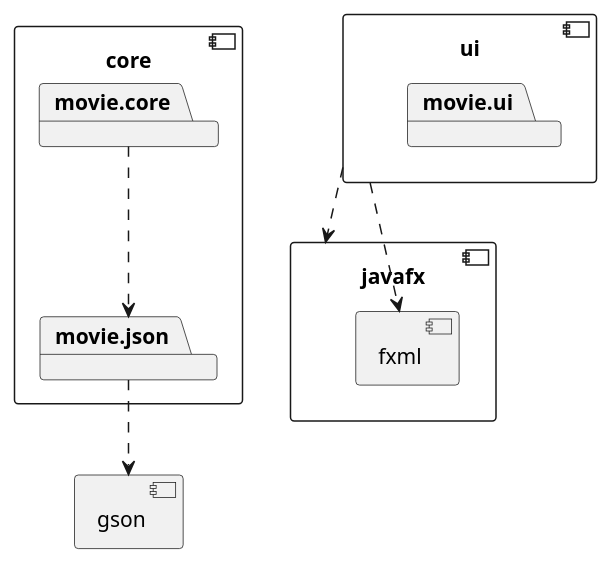
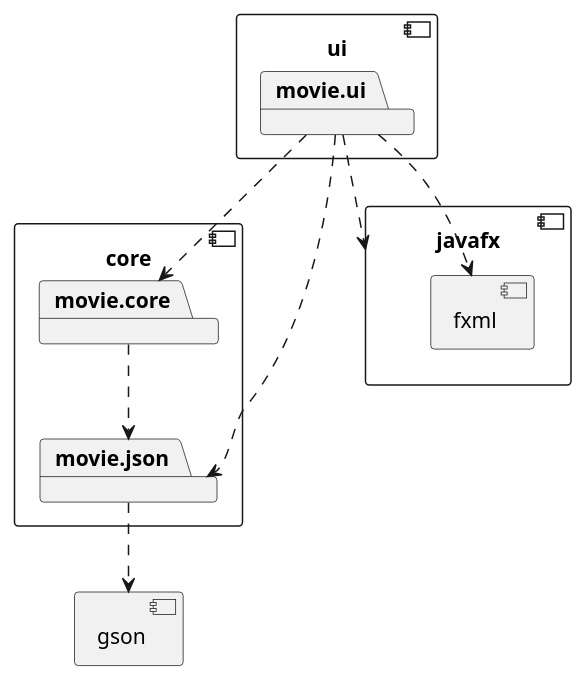
Before and after one commit to thomadha/gr2336: the diagram in docs/release2/package.plantuml, drawn with PlantUML.

Commit message:
Added relation between ui and core

```diff
--- a/docs/release2/package.plantuml
+++ b/docs/release2/package.plantuml
@@ -1,28 +1,31 @@
 @startuml Package diagram
 
 component core {
 	package movie.core
 	package movie.json
 }
 
 movie.core ..> movie.json
 
 component gson {
 }
 
 movie.json ..> gson
 
 component ui {
     package movie.ui
 }
 
 component javafx {
 	component fxml {
 	}
 }
 
-ui ..> javafx
-ui ..> fxml
+movie.ui ..> javafx
+movie.ui ..> fxml
+
+movie.ui ..> movie.json
+movie.ui ..> movie.core
 
 
 @enduml
```
